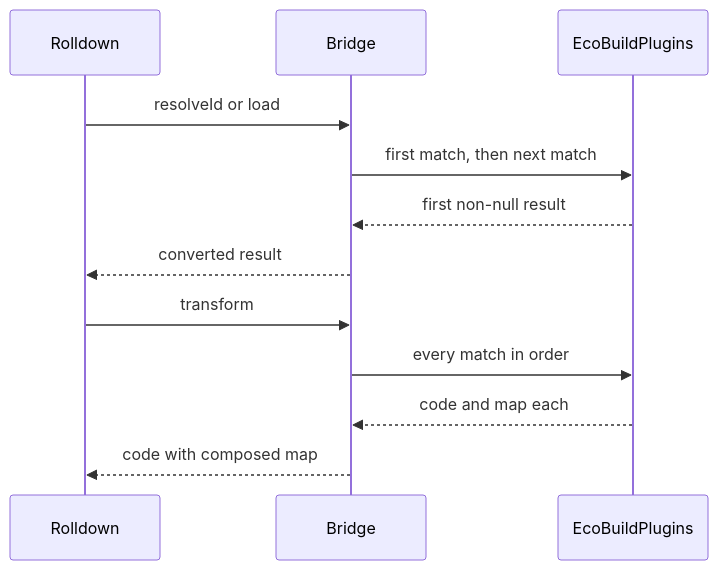
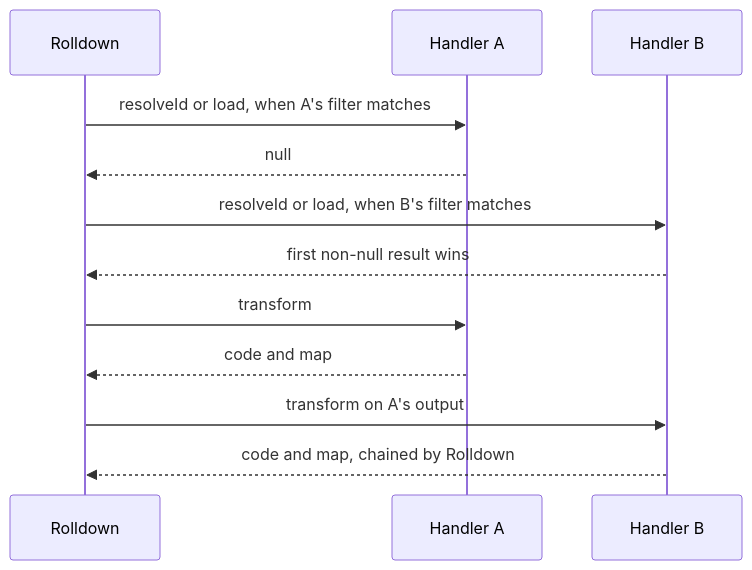
The third of 3 diagrams in apps/docs/src/content/dev/plugin-pipeline.mdx (ecopages/ecopages), drawn with Mermaid before and after one commit. The commit also changed other lines of this file and 70 other files, not shown here.

First line of the commit message:
refactor(core): map each EcoBuildPlugin handler to its own Rolldown plugin

````diff
--- a/apps/docs/src/content/dev/plugin-pipeline.mdx
+++ b/apps/docs/src/content/dev/plugin-pipeline.mdx
@@ -122,14 +123,14 @@
 ```mermaid
 sequenceDiagram
   participant R as Rolldown
-  participant B as Bridge
-  participant P as EcoBuildPlugins
-  R->>B: resolveId or load
-  B->>P: first match, then next match
-  P-->>B: first non-null result
-  B-->>R: converted result
-  R->>B: transform
-  B->>P: every match in order
-  P-->>B: code and map each
-  B-->>R: code with composed map
+  participant A as Handler A
+  participant B as Handler B
+  R->>A: resolveId or load, when A's filter matches
+  A-->>R: null
+  R->>B: resolveId or load, when B's filter matches
+  B-->>R: first non-null result wins
+  R->>A: transform
+  A-->>R: code and map
+  R->>B: transform on A's output
+  B-->>R: code and map, chained by Rolldown
 ```
````
